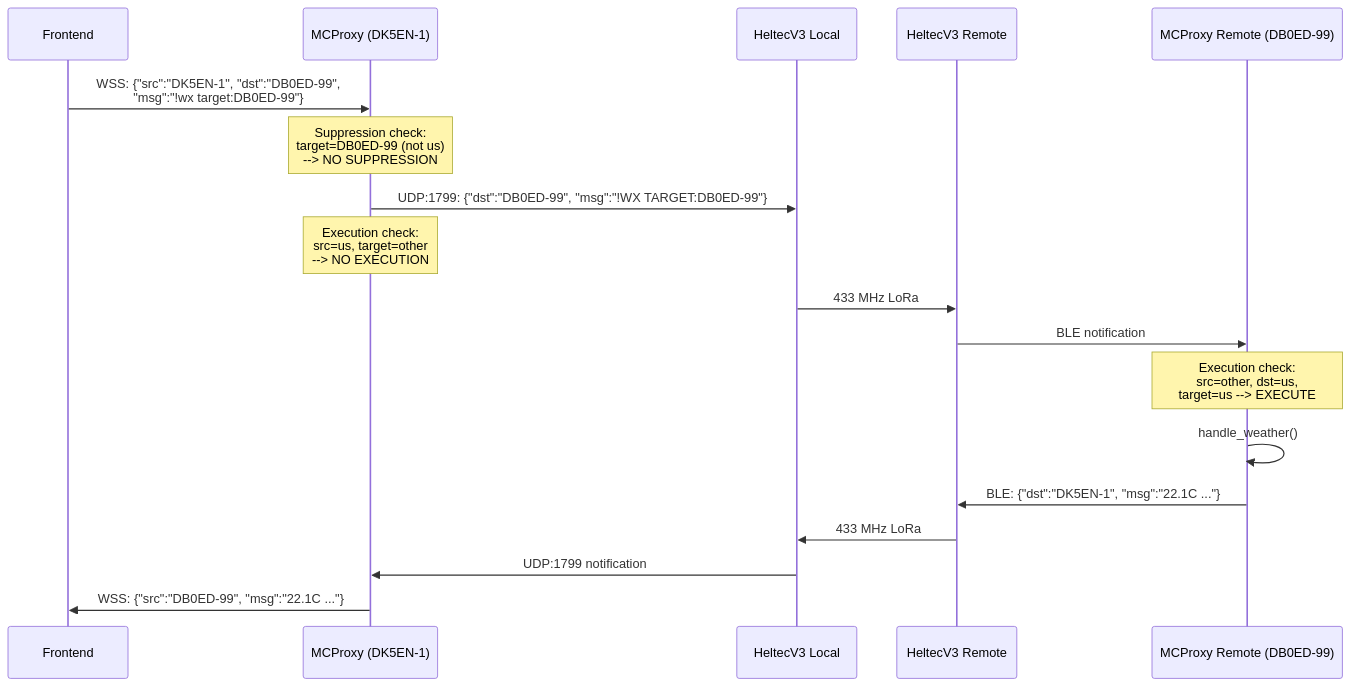
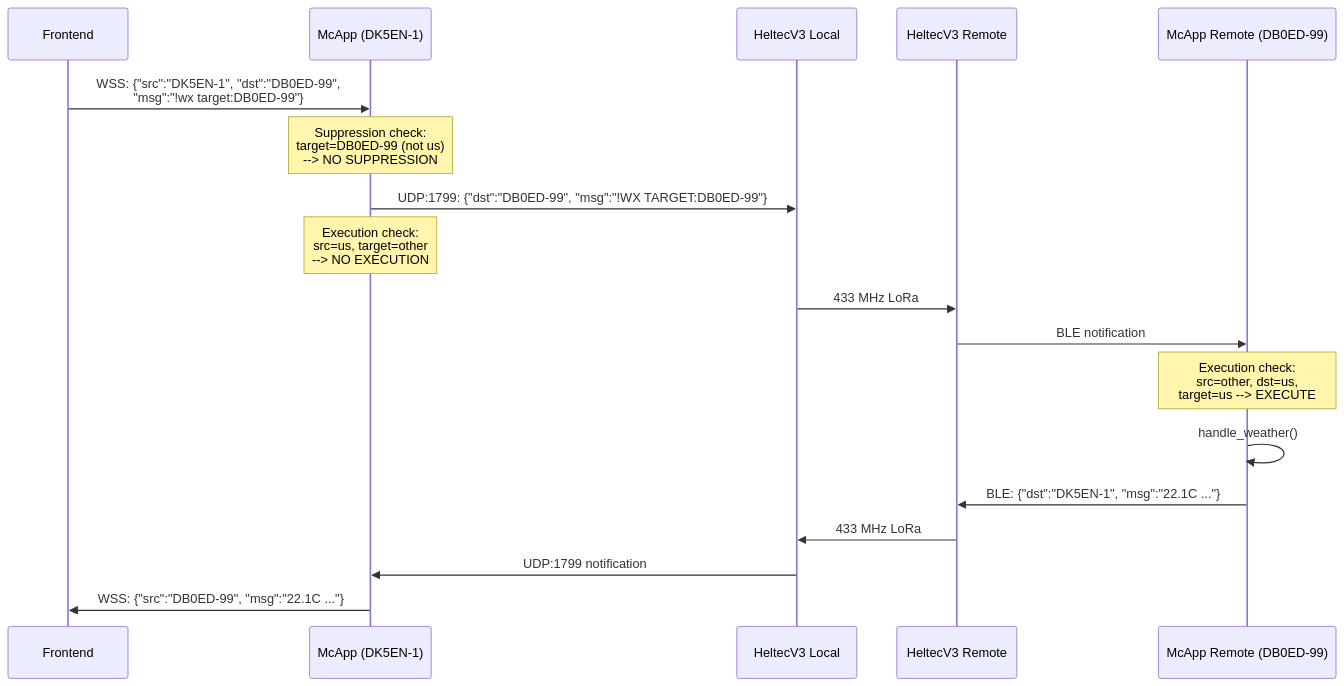
One commit to DK5EN/McApp changed the fourth of 7 diagrams in doc/command-if.md. Above: the diagram before and after it, drawn with Mermaid. The commit also changed other lines of this file and 62 other files, not shown here.

First line of the commit message:
[refactor] Rename MCProxy → McApp across entire codebase

````diff
--- a/doc/command-if.md
+++ b/doc/command-if.md
@@ -524,21 +524,21 @@
 ```mermaid
 sequenceDiagram
     participant FE as Frontend
-    participant MC as MCProxy (DK5EN-1)
+    participant MC as McApp (DK5EN-1)
     participant HL as HeltecV3 Local
     participant HR as HeltecV3 Remote
-    participant MR as MCProxy Remote (DB0ED-99)
+    participant MR as McApp Remote (DB0ED-99)
 
     FE->>MC: WSS: {"src":"DK5EN-1", "dst":"DB0ED-99",<br/>"msg":"!wx target:DB0ED-99"}
     Note over MC: Suppression check:<br/>target=DB0ED-99 (not us)<br/>--> NO SUPPRESSION
     MC->>HL: UDP:1799: {"dst":"DB0ED-99", "msg":"!WX TARGET:DB0ED-99"}
     Note over MC: Execution check:<br/>src=us, target=other<br/>--> NO EXECUTION
     HL->>HR: 433 MHz LoRa
     HR->>MR: BLE notification
     Note over MR: Execution check:<br/>src=other, dst=us,<br/>target=us --> EXECUTE
     MR->>MR: handle_weather()
     MR->>HR: BLE: {"dst":"DK5EN-1", "msg":"22.1C ..."}
     HR->>HL: 433 MHz LoRa
     HL->>MC: UDP:1799 notification
     MC->>FE: WSS: {"src":"DB0ED-99", "msg":"22.1C ..."}
 ```
````
